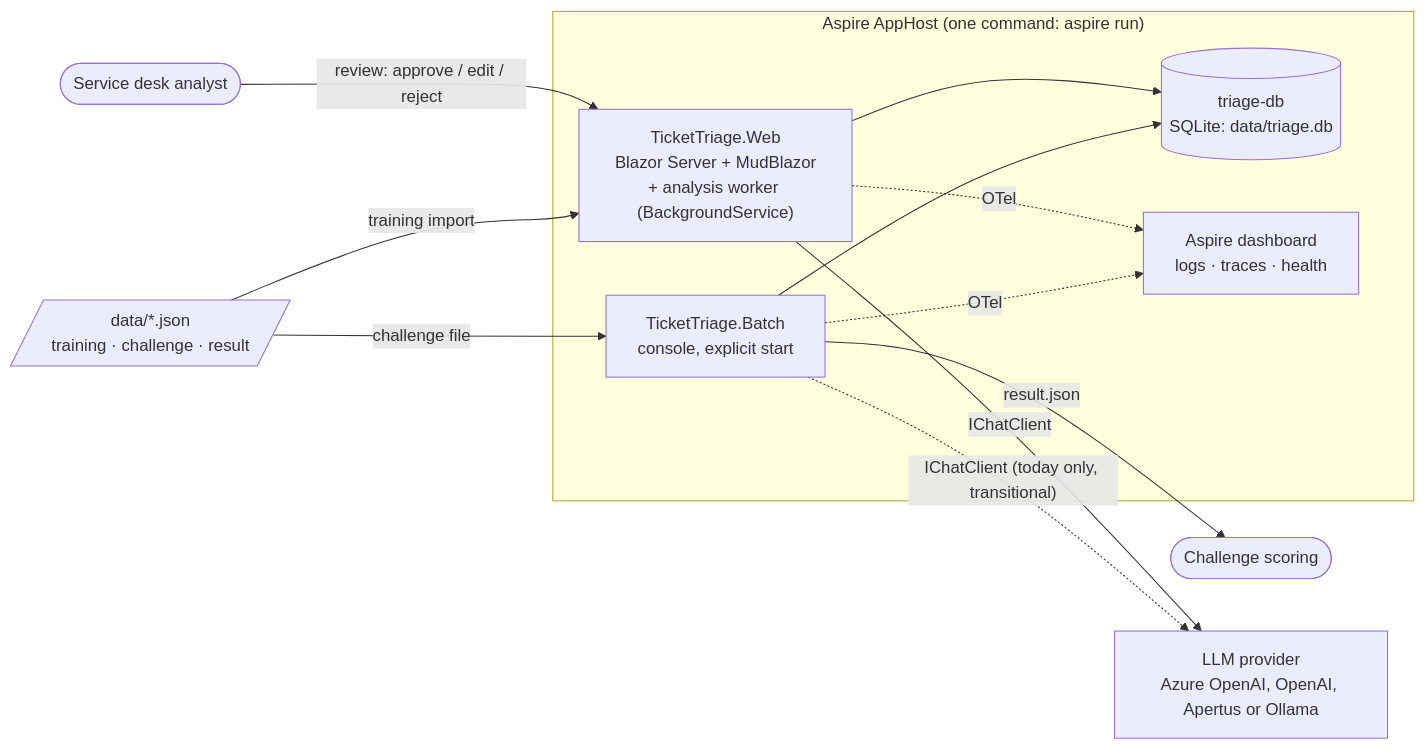
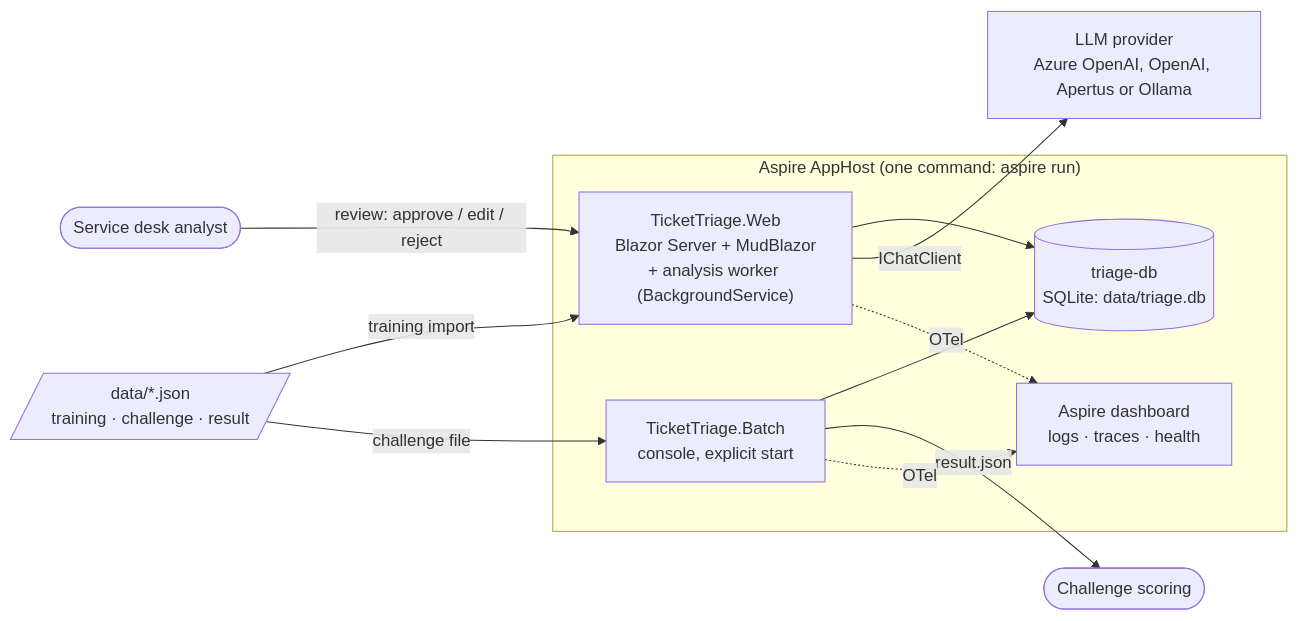
One commit to githubfawu/TriAIge changed the first of 8 diagrams in docs/architecture.md. Above: the diagram before and after it, drawn with Mermaid. The commit also changed other lines of this file, not shown here.

````diff
--- a/docs/architecture.md
+++ b/docs/architecture.md
@@ -9,26 +9,25 @@
 ```mermaid
 flowchart LR
     analyst([Service desk analyst])
     jury([Challenge scoring])
 
     subgraph aspire["Aspire AppHost (one command: aspire run)"]
         web["TicketTriage.Web<br/>Blazor Server + MudBlazor<br/>+ analysis worker (BackgroundService)"]
         batch["TicketTriage.Batch<br/>console, explicit start"]
         db[("triage-db<br/>SQLite: data/triage.db")]
         dash["Aspire dashboard<br/>logs · traces · health"]
     end
 
     llm["LLM provider<br/>Azure OpenAI, OpenAI, Apertus or Ollama"]
     files[/"data/*.json<br/>training · challenge · result"/]
 
     analyst -- "review: approve / edit / reject" --> web
     web --> db
     batch --> db
     web -- "IChatClient" --> llm
-    batch -. "IChatClient (today only, transitional)" .-> llm
     files -- "training import" --> web
     files -- "challenge file" --> batch
     batch -- "result.json" --> jury
     web -. OTel .-> dash
     batch -. OTel .-> dash
 ```
````
